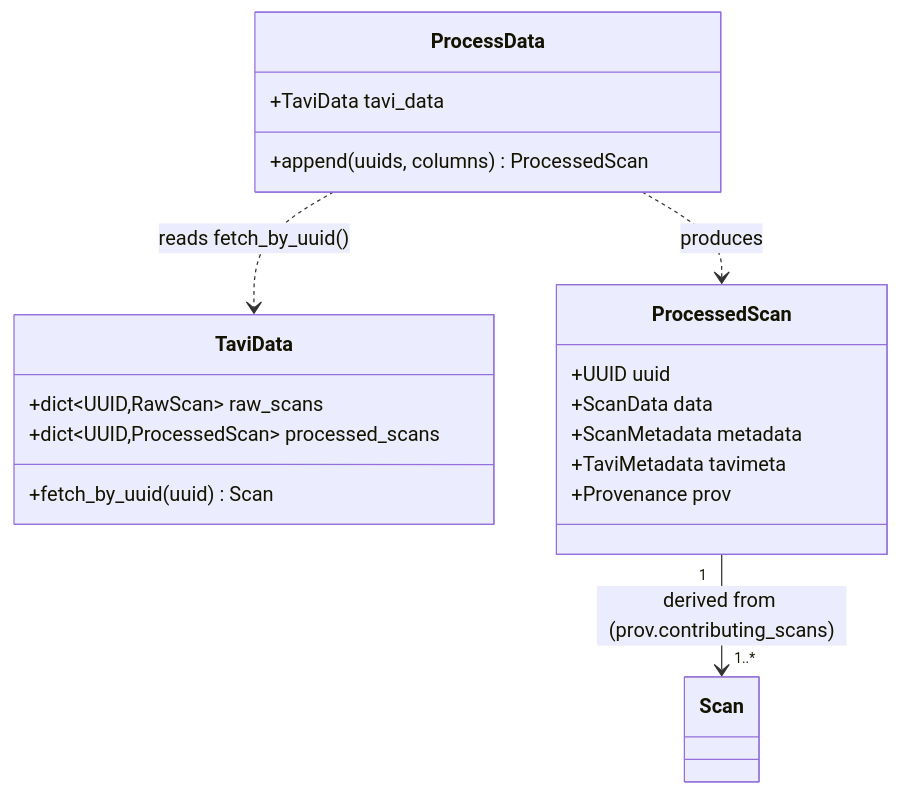
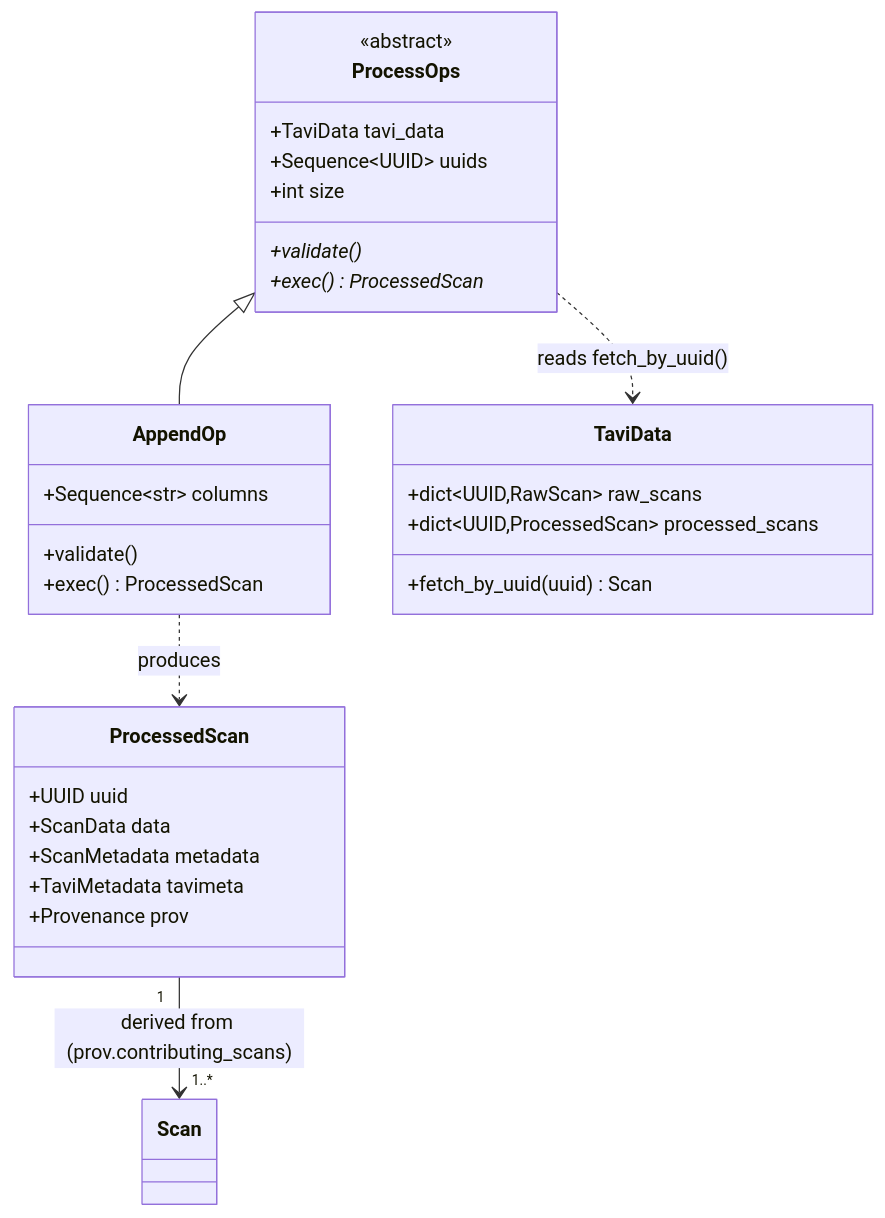
Before and after one commit to neutrons/TAVI: the diagram in docs/source/design/process_data.rst, drawn with Mermaid. The commit also changed other lines of this file and 5 other files, not shown here.

Commit message:
add ProcessOps as base class

```diff
--- a/docs/source/design/process_data.rst
+++ b/docs/source/design/process_data.rst
@@ -35,22 +39,32 @@
 .. mermaid::
 
     classDiagram
-        class ProcessData {
+        class ProcessOps {
+            <<abstract>>
             +TaviData tavi_data
-            +append(uuids, columns) ProcessedScan
+            +Sequence~UUID~ uuids
+            +int size
+            +validate()*
+            +exec()* ProcessedScan
+        }
+        class AppendOp {
+            +Sequence~str~ columns
+            +validate()
+            +exec() ProcessedScan
         }
         class TaviData {
             +dict~UUID,RawScan~ raw_scans
             +dict~UUID,ProcessedScan~ processed_scans
             +fetch_by_uuid(uuid) Scan
         }
         class ProcessedScan {
             +UUID uuid
             +ScanData data
             +ScanMetadata metadata
             +TaviMetadata tavimeta
             +Provenance prov
         }
-        ProcessData ..> TaviData : reads fetch_by_uuid()
-        ProcessData ..> ProcessedScan : produces
+        ProcessOps <|-- AppendOp
+        ProcessOps ..> TaviData : reads fetch_by_uuid()
+        AppendOp ..> ProcessedScan : produces
         ProcessedScan "1" --> "1..*" Scan : derived from (prov.contributing_scans)
```
